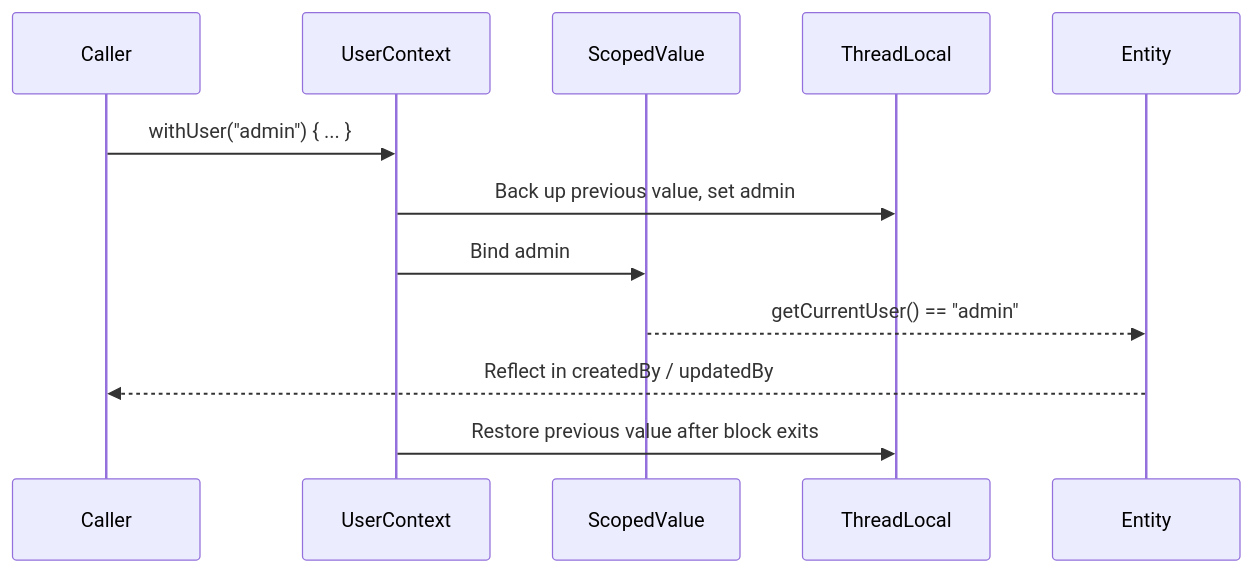
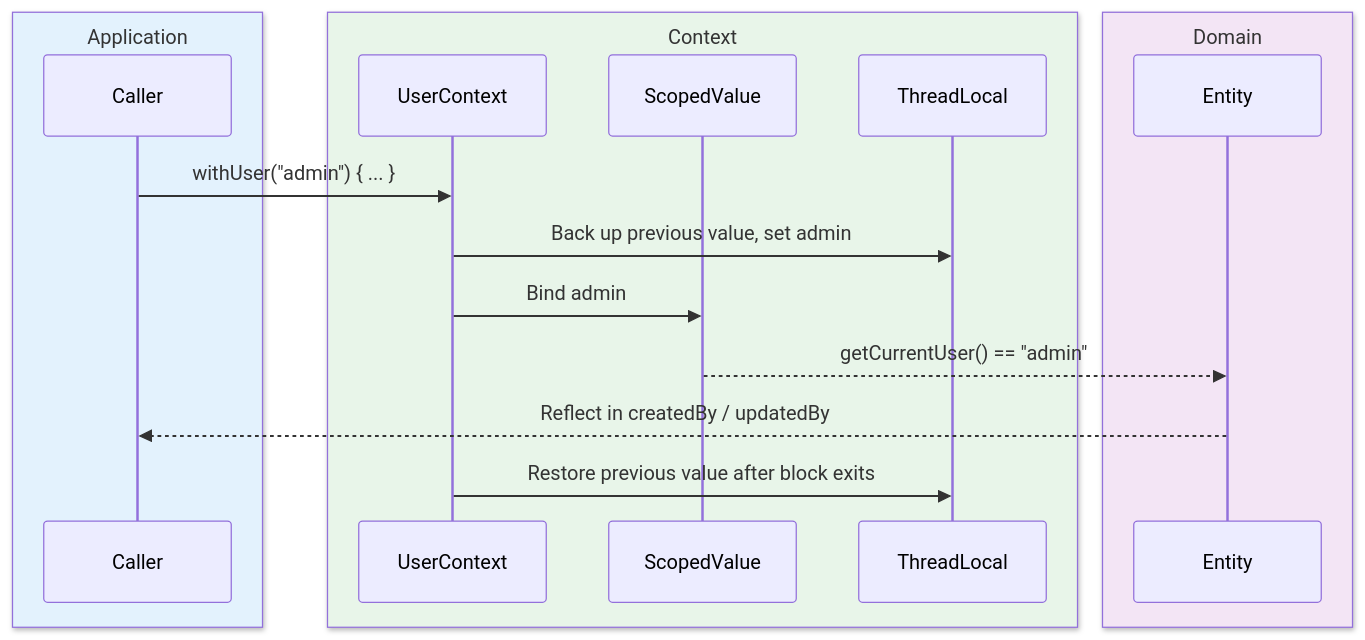
One commit to bluetape4k/bluetape4k-projects changed the fifth of 5 diagrams in data/exposed-core/README.md. Above: the diagram before and after it, drawn with Mermaid. The commit also changed other lines of this file and 221 other files, not shown here.

First line of the commit message:
docs: 전체 모듈 README UML 다이어그램 보강 및 색상 업그레이드

````diff
--- a/data/exposed-core/README.md
+++ b/data/exposed-core/README.md
@@ -419,15 +445,21 @@
 ```mermaid
 sequenceDiagram
-    participant Caller
-    participant UserContext
-    participant ScopedValue
-    participant ThreadLocal
-    participant Entity
+    box rgb(227, 242, 253) Application
+        participant Caller
+    end
+    box rgb(232, 245, 233) Context
+        participant UserContext
+        participant ScopedValue
+        participant ThreadLocal
+    end
+    box rgb(243, 229, 245) Domain
+        participant Entity
+    end
 
     Caller->>UserContext: withUser("admin") { ... }
     UserContext->>ThreadLocal: Back up previous value, set admin
     UserContext->>ScopedValue: Bind admin
     ScopedValue-->>Entity: getCurrentUser() == "admin"
     Entity-->>Caller: Reflect in createdBy / updatedBy
     UserContext->>ThreadLocal: Restore previous value after block exits
 ```
````
